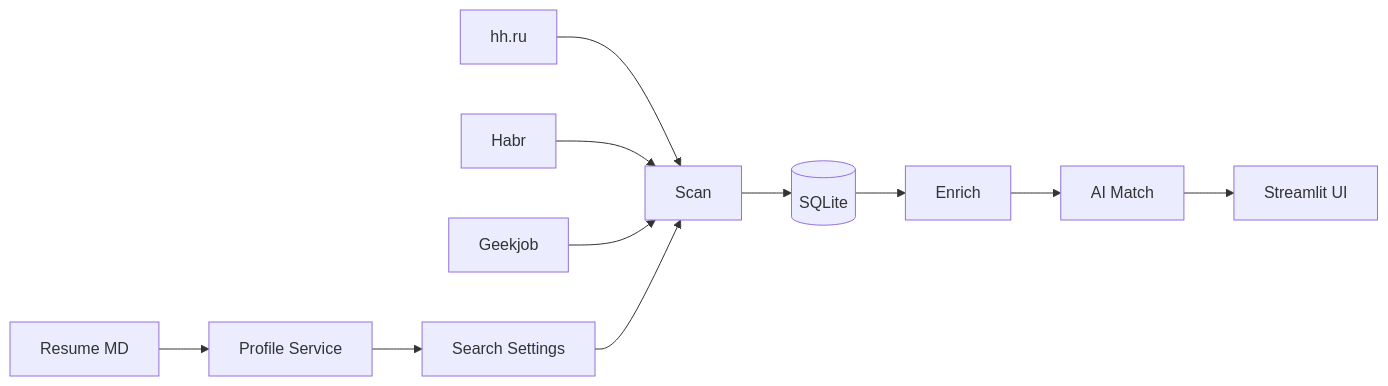
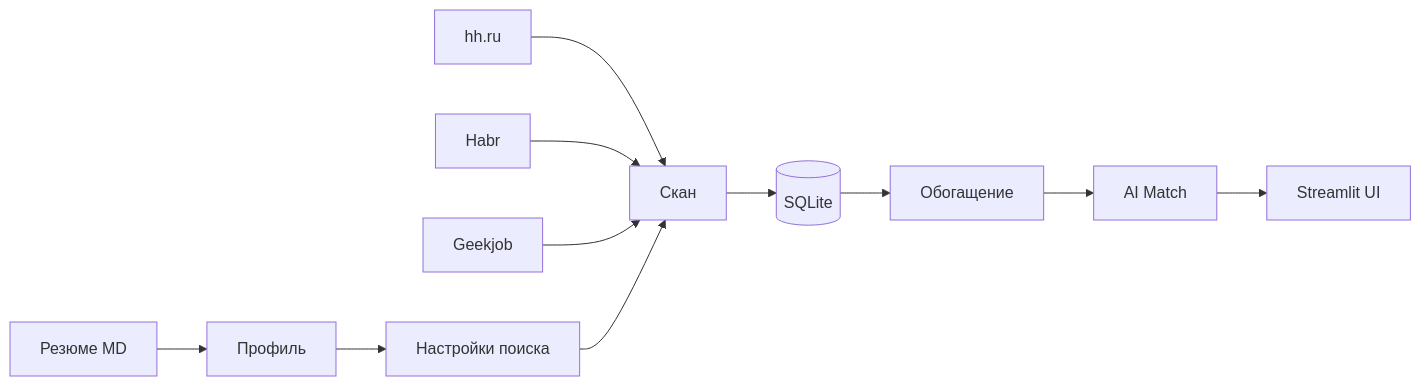
Before and after one commit to addito-5G/job-scout: the diagram in README.md, drawn with Mermaid. The commit also changed other lines of this file, not shown here.

````diff
--- a/README.md
+++ b/README.md
@@ -43,13 +55,13 @@
 ```mermaid
 flowchart LR
-    R[Resume MD] --> P[Profile Service]
-    P --> S[Search Settings]
-    HH[hh.ru] --> SC[Scan]
+    R[Резюме MD] --> P[Профиль]
+    P --> S[Настройки поиска]
+    HH[hh.ru] --> SC[Скан]
     HB[Habr] --> SC
     GJ[Geekjob] --> SC
     SC --> DB[(SQLite)]
     S --> SC
-    DB --> EN[Enrich]
+    DB --> EN[Обогащение]
     EN --> M[AI Match]
     M --> UI[Streamlit UI]
 ```
````
